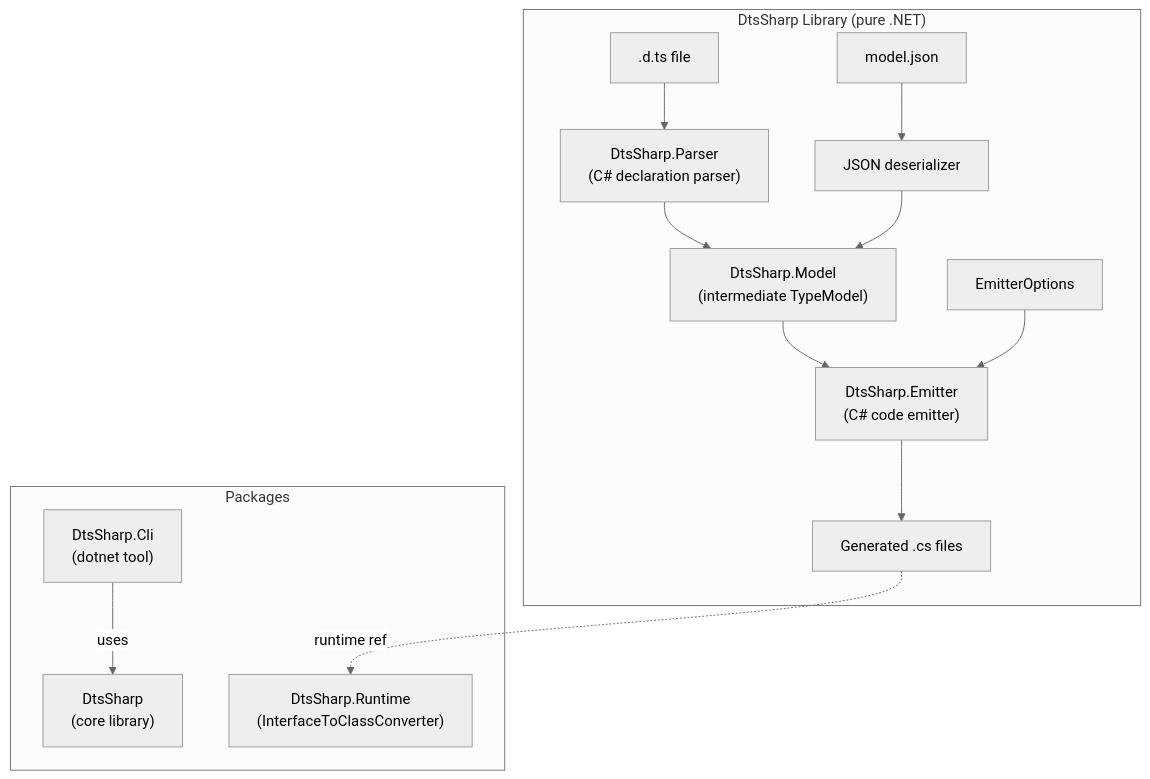
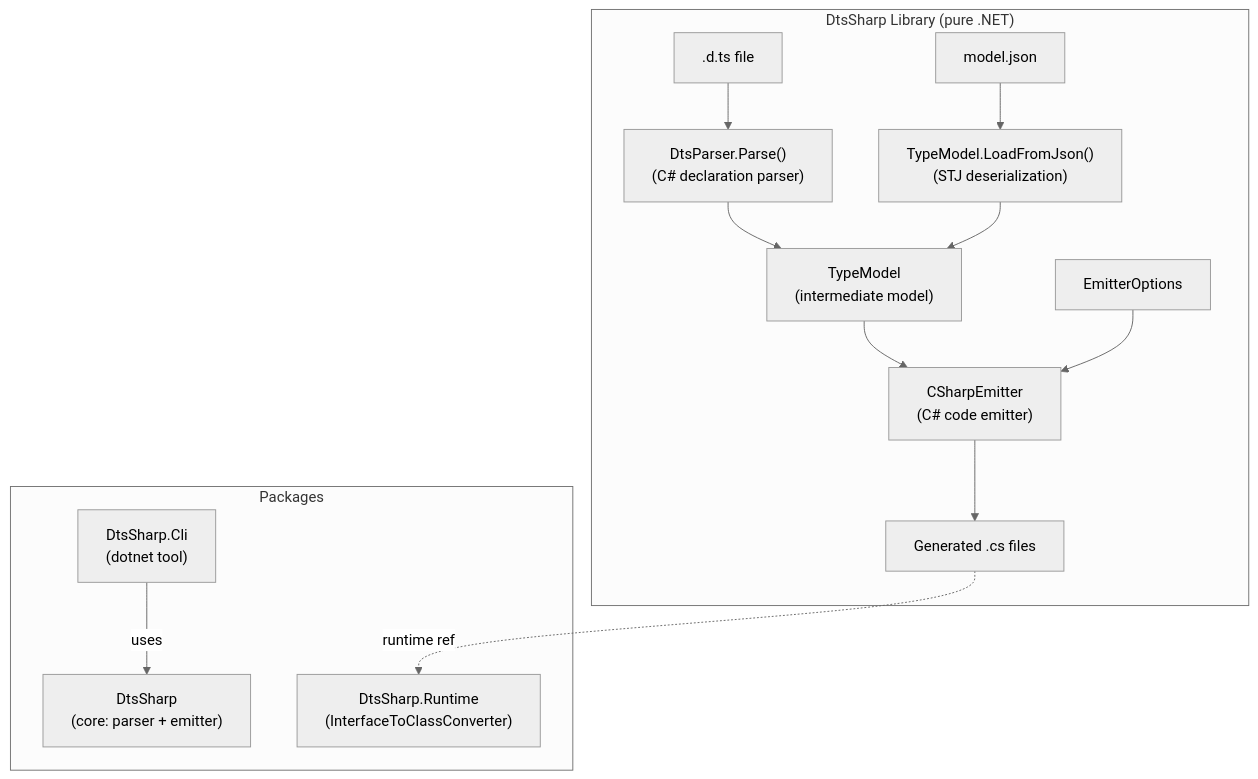
The diagram in .flow/specs/fn-11-extract-emitter-as-general-purpose-dts.md (unoplatform/uno.monaco.editor), drawn with Mermaid (neutral theme) before and after one commit. The commit also changed other lines of this file and 20 other files, not shown here.

````diff
--- a/.flow/specs/fn-11-extract-emitter-as-general-purpose-dts.md
+++ b/.flow/specs/fn-11-extract-emitter-as-general-purpose-dts.md
@@ -72,21 +89,21 @@
 ```mermaid
 graph TB
     subgraph "DtsSharp Library (pure .NET)"
-        DTS[".d.ts file"] --> Parser["DtsSharp.Parser<br/>(C# declaration parser)"]
-        Parser --> Model["DtsSharp.Model<br/>(intermediate TypeModel)"]
-        JSON["model.json"] --> Deser["JSON deserializer"]
+        DTS[".d.ts file"] --> Parser["DtsParser.Parse()<br/>(C# declaration parser)"]
+        Parser --> Model["TypeModel<br/>(intermediate model)"]
+        JSON["model.json"] --> Deser["TypeModel.LoadFromJson()<br/>(STJ deserialization)"]
         Deser --> Model
-        Model --> Emitter["DtsSharp.Emitter<br/>(C# code emitter)"]
+        Model --> Emitter["CSharpEmitter<br/>(C# code emitter)"]
         Opts["EmitterOptions"] --> Emitter
         Emitter --> CS["Generated .cs files"]
     end
 
     subgraph "Packages"
-        Lib["DtsSharp<br/>(core library)"]
+        Lib["DtsSharp<br/>(core: parser + emitter)"]
         RT["DtsSharp.Runtime<br/>(InterfaceToClassConverter)"]
         CLI["DtsSharp.Cli<br/>(dotnet tool)"]
     end
 
     CS -.->|"runtime ref"| RT
     CLI -->|"uses"| Lib
 ```
````
